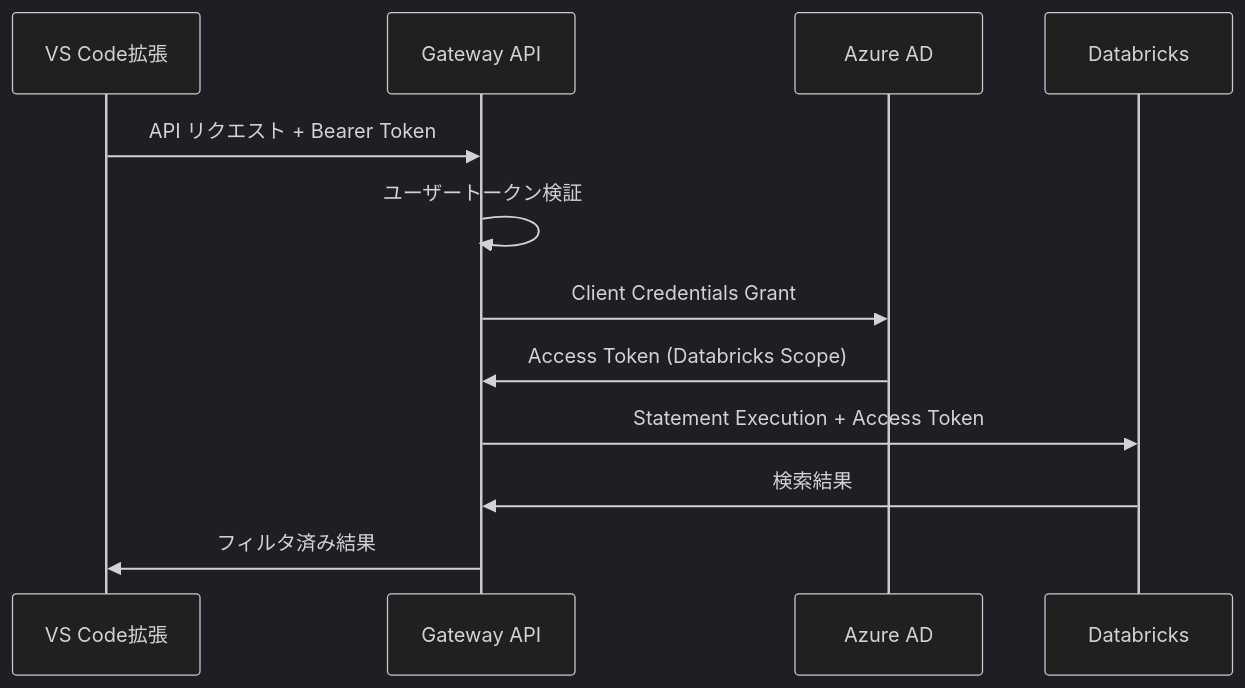
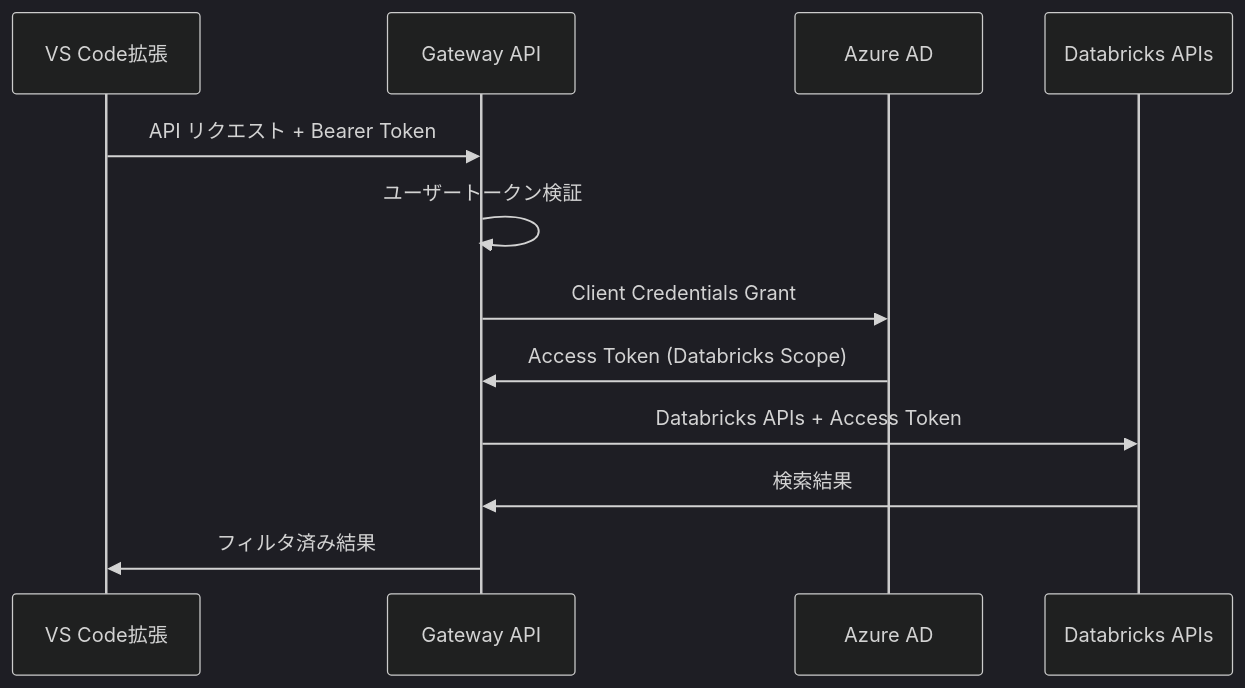
One commit to daichiTAAA/VSCodeTool changed the third of 3 diagrams in docs/02000_設計書/02100_設計書.md. Above: the diagram before and after it, drawn with Mermaid (dark theme). The commit also changed other lines of this file and 1 other file, not shown here.

Commit message:
docs: ensure gateway proxies Databricks API one-to-one

````diff
--- a/docs/02000_設計書/02100_設計書.md
+++ b/docs/02000_設計書/02100_設計書.md
@@ -466,15 +463,15 @@
 ```mermaid
 sequenceDiagram
     participant E as VS Code拡張
     participant G as Gateway API
     participant A as Azure AD
-    participant D as Databricks
+    participant D as Databricks APIs
 
     E->>G: API リクエスト + Bearer Token
     G->>G: ユーザートークン検証
     G->>A: Client Credentials Grant
     A->>G: Access Token (Databricks Scope)
-    G->>D: Statement Execution + Access Token
+    G->>D: Databricks APIs + Access Token
     D->>G: 検索結果
     G->>E: フィルタ済み結果
 ```
````
